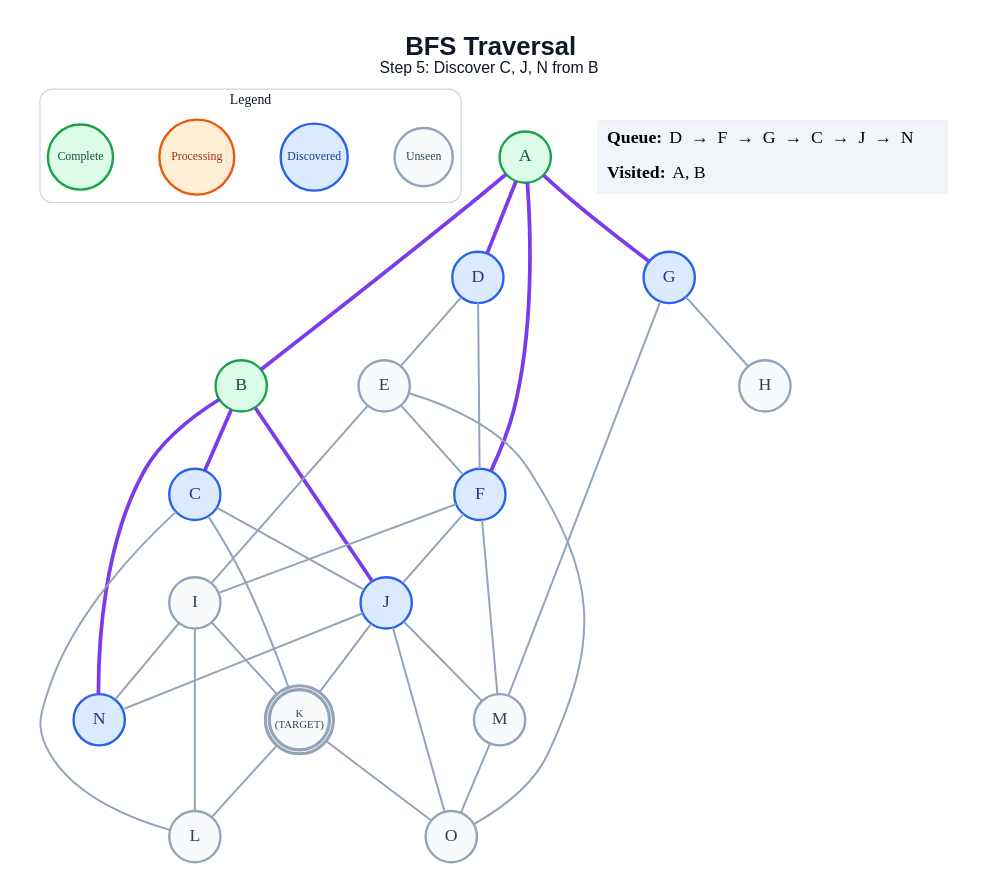
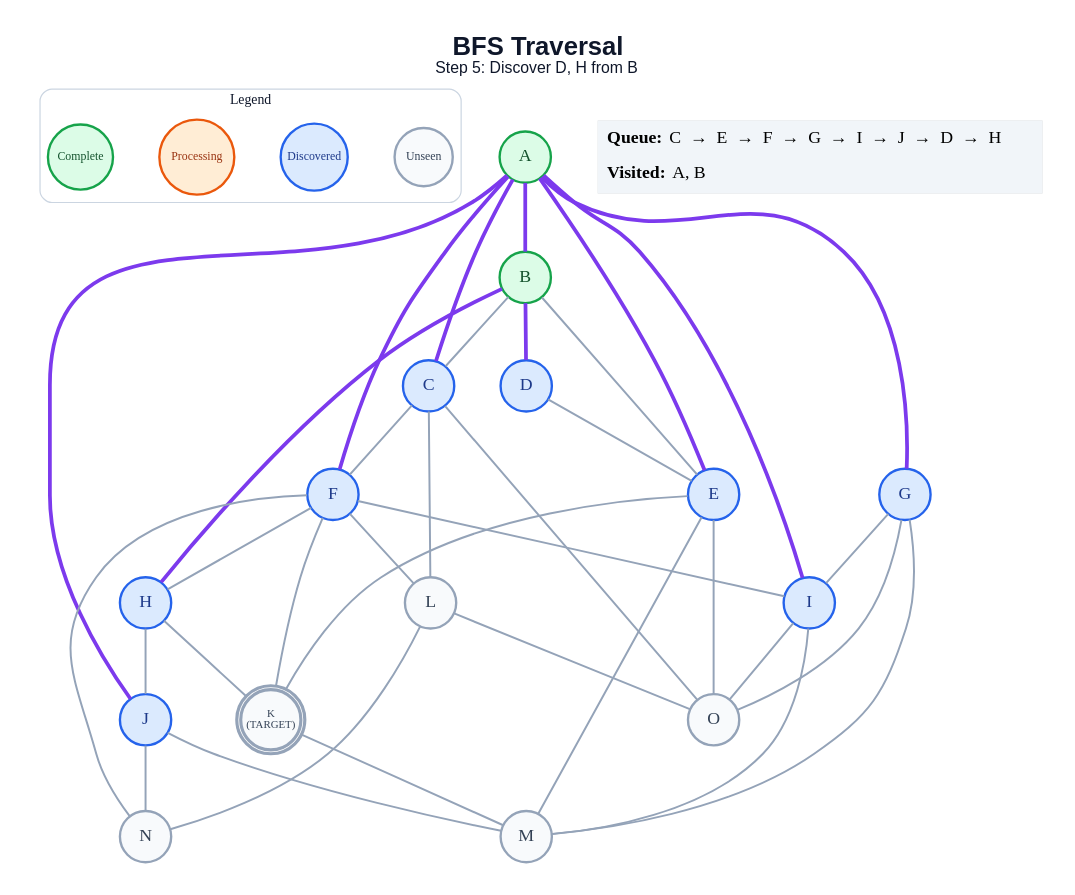
The diagram in generated/short-circuit/bfs/step_05.dot (anon7238593-create/ai-slop), drawn with Graphviz before and after one commit. The commit also changed 221 other files, not shown here.

```diff
--- a/generated/short-circuit/bfs/step_05.dot
+++ b/generated/short-circuit/bfs/step_05.dot
@@ -1,64 +1,69 @@
 graph traversal {
   graph [layout=dot, rankdir=TB, bgcolor="#FFFFFF", pad="0.35", nodesep="0.65", ranksep="0.8", fontname="Arial"];
   node [shape=circle, style="filled", fontname="Arial Bold", fontsize=18, width=0.72, fixedsize=true, penwidth=2.4];
   edge [color="#94A3B8", penwidth=2.0];
-  label=<<B>BFS Traversal</B><BR/><FONT POINT-SIZE="16">Step 5: Discover C, J, N from B</FONT>>; labelloc="t"; fontsize=26; fontname="Arial"; fontcolor="#0F172A";
+  label=<<B>BFS Traversal</B><BR/><FONT POINT-SIZE="16">Step 5: Discover D, H from B</FONT>>; labelloc="t"; fontsize=26; fontname="Arial"; fontcolor="#0F172A";
   subgraph cluster_legend { label="Legend"; color="#CBD5E1"; penwidth=1.2; style="rounded"; fontsize=14; fontname="Arial Bold";
     key_unseen [label="Unseen", fillcolor="#F8FAFC", color="#94A3B8", fontcolor="#334155", fontsize=12, width=0.82];
     key_frontier [label="Discovered", fillcolor="#DBEAFE", color="#2563EB", fontcolor="#1E3A8A", fontsize=12, width=0.95];
     key_current [label="Processing", fillcolor="#FFEDD5", color="#EA580C", fontcolor="#9A3412", fontsize=12, width=1.05];
     key_done [label="Complete", fillcolor="#DCFCE7", color="#16A34A", fontcolor="#14532D", fontsize=12, width=0.92];
     { rank=same; key_unseen; key_frontier; key_current; key_done; }
   }
   A [label="A", fillcolor="#DCFCE7", color="#16A34A", fontcolor="#14532D", peripheries=1, penwidth=2.4];
   B [label="B", fillcolor="#DCFCE7", color="#16A34A", fontcolor="#14532D", peripheries=1, penwidth=2.4];
   C [label="C", fillcolor="#DBEAFE", color="#2563EB", fontcolor="#1E3A8A", peripheries=1, penwidth=2.4];
   D [label="D", fillcolor="#DBEAFE", color="#2563EB", fontcolor="#1E3A8A", peripheries=1, penwidth=2.4];
-  E [label="E", fillcolor="#F8FAFC", color="#94A3B8", fontcolor="#334155", peripheries=1, penwidth=2.4];
+  E [label="E", fillcolor="#DBEAFE", color="#2563EB", fontcolor="#1E3A8A", peripheries=1, penwidth=2.4];
   F [label="F", fillcolor="#DBEAFE", color="#2563EB", fontcolor="#1E3A8A", peripheries=1, penwidth=2.4];
   G [label="G", fillcolor="#DBEAFE", color="#2563EB", fontcolor="#1E3A8A", peripheries=1, penwidth=2.4];
-  H [label="H", fillcolor="#F8FAFC", color="#94A3B8", fontcolor="#334155", peripheries=1, penwidth=2.4];
-  I [label="I", fillcolor="#F8FAFC", color="#94A3B8", fontcolor="#334155", peripheries=1, penwidth=2.4];
+  H [label="H", fillcolor="#DBEAFE", color="#2563EB", fontcolor="#1E3A8A", peripheries=1, penwidth=2.4];
+  I [label="I", fillcolor="#DBEAFE", color="#2563EB", fontcolor="#1E3A8A", peripheries=1, penwidth=2.4];
   J [label="J", fillcolor="#DBEAFE", color="#2563EB", fontcolor="#1E3A8A", peripheries=1, penwidth=2.4];
   K [label="K\n(TARGET)", fillcolor="#F8FAFC", color="#94A3B8", fontcolor="#334155", peripheries=2, penwidth=3.2, fontsize=11, width=0.85, height=0.85];
   L [label="L", fillcolor="#F8FAFC", color="#94A3B8", fontcolor="#334155", peripheries=1, penwidth=2.4];
   M [label="M", fillcolor="#F8FAFC", color="#94A3B8", fontcolor="#334155", peripheries=1, penwidth=2.4];
-  N [label="N", fillcolor="#DBEAFE", color="#2563EB", fontcolor="#1E3A8A", peripheries=1, penwidth=2.4];
+  N [label="N", fillcolor="#F8FAFC", color="#94A3B8", fontcolor="#334155", peripheries=1, penwidth=2.4];
   O [label="O", fillcolor="#F8FAFC", color="#94A3B8", fontcolor="#334155", peripheries=1, penwidth=2.4];
   A -- B [color="#7C3AED", penwidth=3.8];
-  A -- D [color="#7C3AED", penwidth=3.8];
+  A -- C [color="#7C3AED", penwidth=3.8];
+  A -- E [color="#7C3AED", penwidth=3.8];
   A -- F [color="#7C3AED", penwidth=3.8];
   A -- G [color="#7C3AED", penwidth=3.8];
-  B -- C [color="#7C3AED", penwidth=3.8];
-  B -- J [color="#7C3AED", penwidth=3.8];
-  B -- N [color="#7C3AED", penwidth=3.8];
-  C -- J;
-  C -- K;
+  A -- I [color="#7C3AED", penwidth=3.8];
+  A -- J [color="#7C3AED", penwidth=3.8];
+  B -- C;
+  B -- D [color="#7C3AED", penwidth=3.8];
+  B -- E;
+  B -- H [color="#7C3AED", penwidth=3.8];
+  C -- F;
   C -- L;
+  C -- O;
   D -- E;
-  D -- F;
-  E -- F;
-  E -- I;
+  E -- K;
+  E -- M;
   E -- O;
+  F -- H;
   F -- I;
-  F -- J;
-  F -- M;
-  G -- H;
+  F -- K;
+  F -- L;
+  F -- N;
+  G -- I;
   G -- M;
-  I -- K;
-  I -- L;
-  I -- N;
-  J -- K;
+  G -- O;
+  H -- J;
+  H -- K;
+  I -- M;
+  I -- O;
   J -- M;
   J -- N;
-  J -- O;
-  K -- L;
-  K -- O;
-  M -- O;
+  K -- M;
+  L -- N;
+  L -- O;
   status [shape=plain, fixedsize=false, width=0, height=0, margin=0, label=<
     <TABLE BORDER="0" CELLBORDER="0" CELLPADDING="7" BGCOLOR="#F1F5F9">
-      <TR><TD ALIGN="LEFT"><B>Queue:</B> D  →  F  →  G  →  C  →  J  →  N</TD></TR>
+      <TR><TD ALIGN="LEFT"><B>Queue:</B> C  →  E  →  F  →  G  →  I  →  J  →  D  →  H</TD></TR>
       <TR><TD ALIGN="LEFT"><B>Visited:</B> A, B</TD></TR>
     </TABLE>
   >];
 }
```
